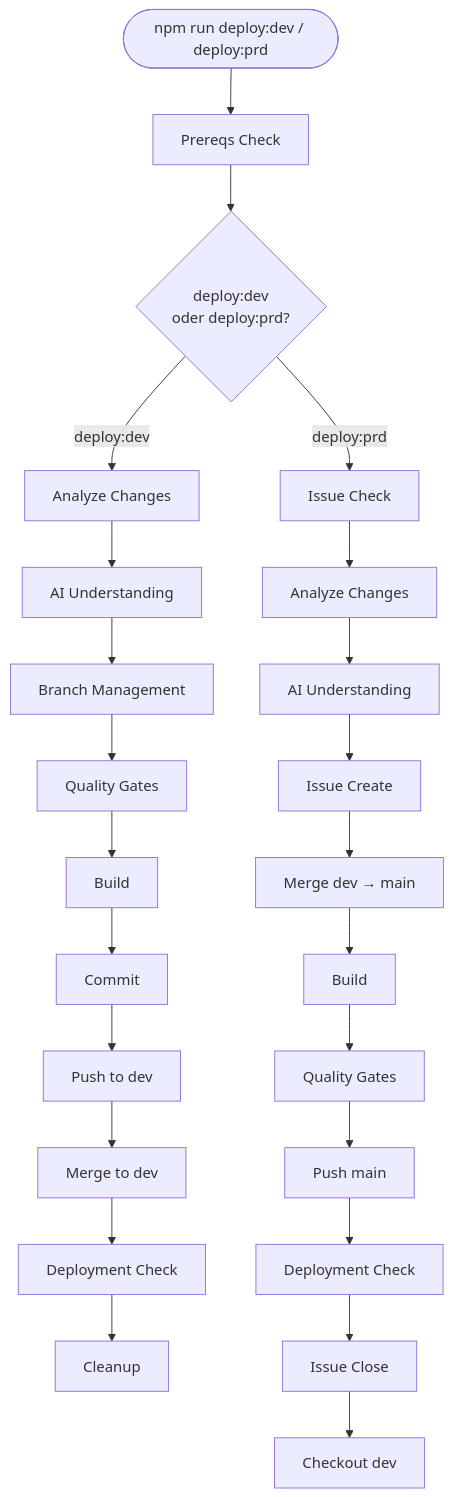
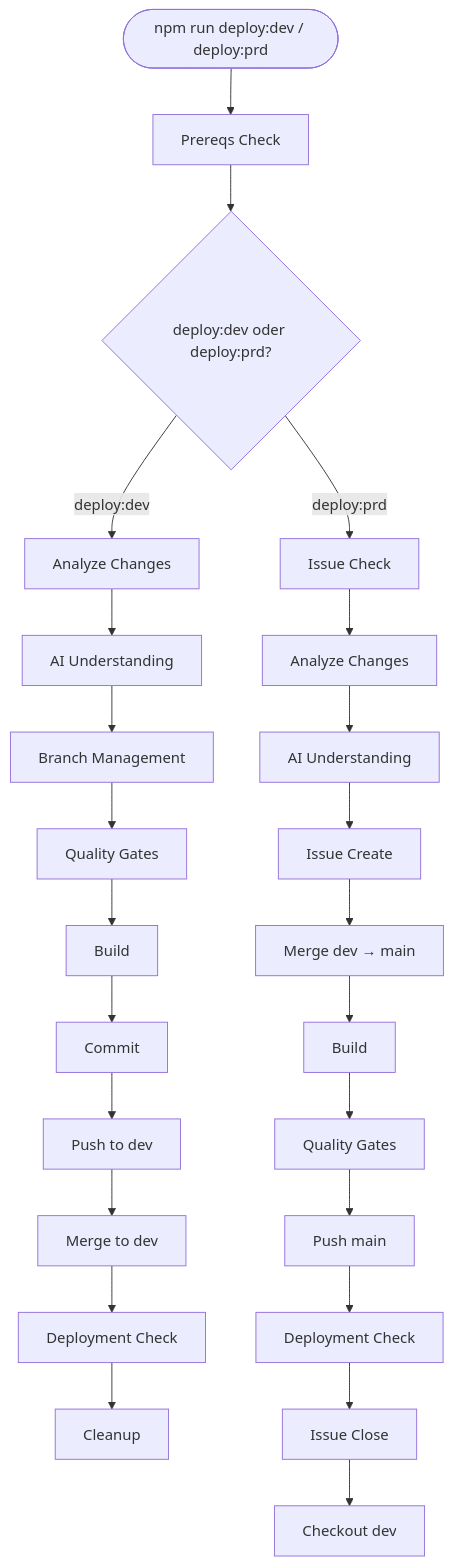
Before and after one commit to Frickeldave/frickeldave.github.io: the diagram in docs/features/fr006-autodeploy.md, drawn with Mermaid. The commit also changed other lines of this file and 7 other files, not shown here.

````diff
--- a/docs/features/fr006-autodeploy.md
+++ b/docs/features/fr006-autodeploy.md
@@ -45,37 +47,37 @@
 ```mermaid
 flowchart TD
   start(["npm run deploy:dev / deploy:prd"])
   prereqs["Prereqs Check"]
-  split{"deploy:dev\noder deploy:prd?"}
+  split{"deploy:dev oder deploy:prd?"}
 
   d_analyze["Analyze Changes"]
   d_ai["AI Understanding"]
   d1["Branch Management"]
   d2["Quality Gates"]
   d3["Build"]
   d4["Commit"]
   d5["Push to dev"]
   d6["Merge to dev"]
   d7["Deployment Check"]
   d8["Cleanup"]
 
   p1["Issue Check"]
   p_analyze["Analyze Changes"]
   p_ai["AI Understanding"]
   p2["Issue Create"]
   p3["Merge dev → main"]
   p4["Build"]
   p5["Quality Gates"]
   p6["Push main"]
   p7["Deployment Check"]
   p8["Issue Close"]
   p9["Checkout dev"]
 
   start --> prereqs --> split
 
   split -->|"deploy:dev"| d_analyze
   d_analyze --> d_ai --> d1 --> d2 --> d3 --> d4 --> d5 --> d6 --> d7 --> d8
 
   split -->|"deploy:prd"| p1
   p1 --> p_analyze --> p_ai --> p2 --> p3 --> p4 --> p5 --> p6 --> p7 --> p8 --> p9
 ```
````
